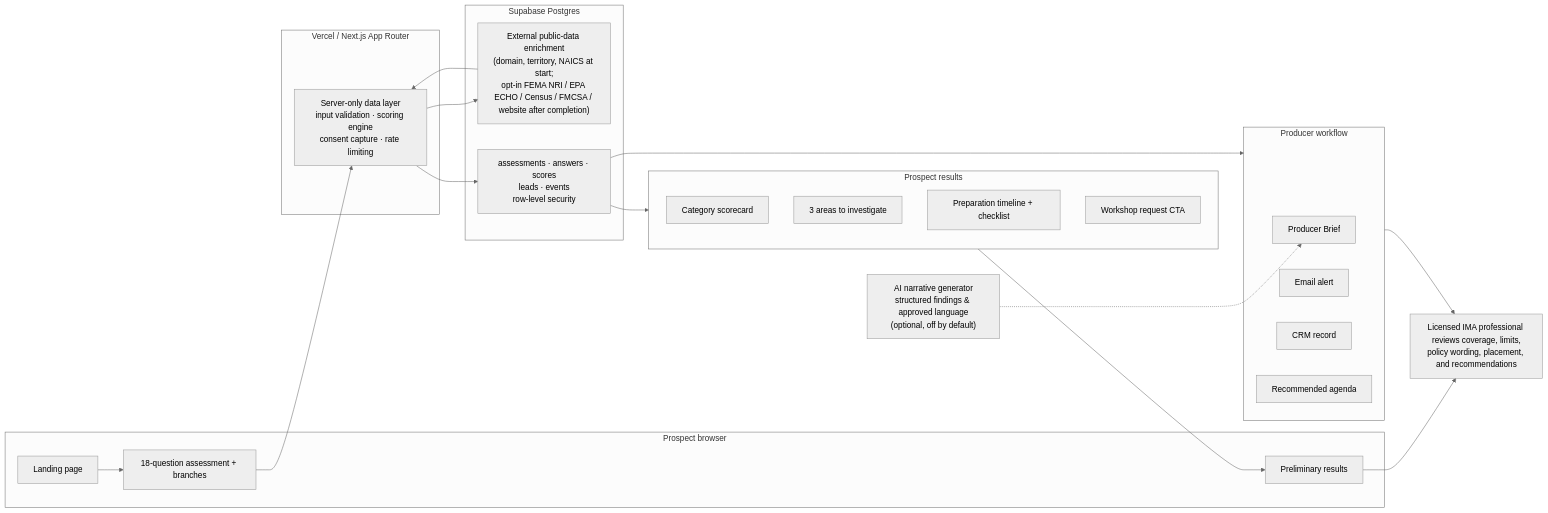
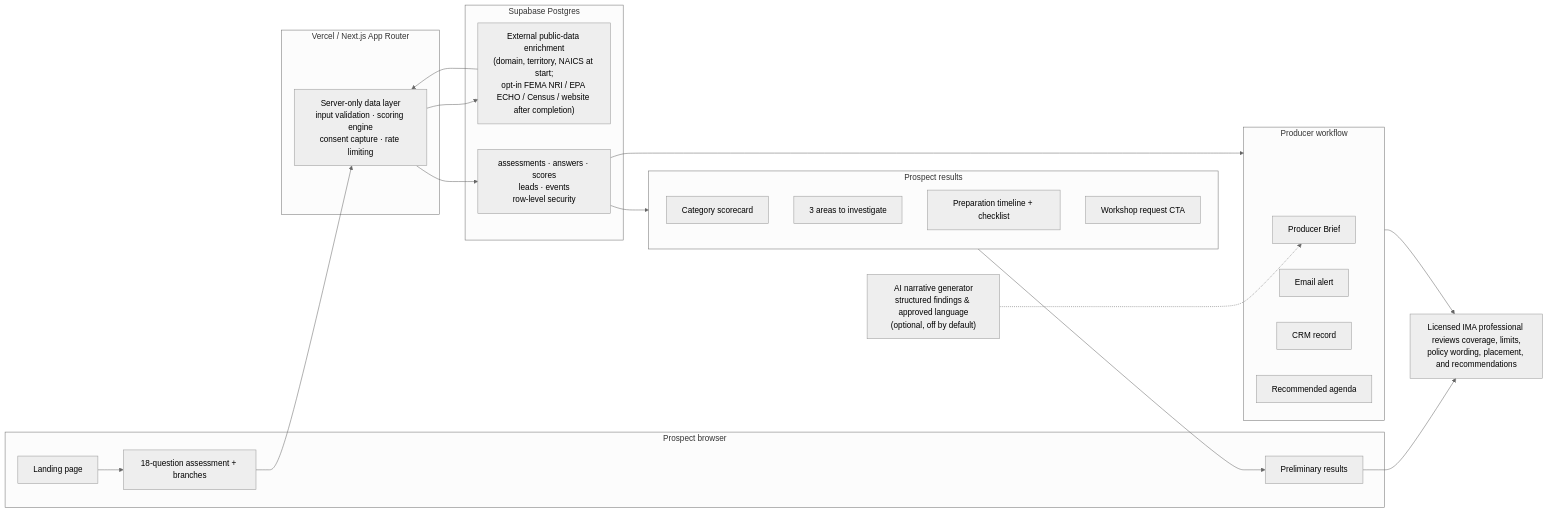
One commit to mitchell-lisa/IMA changed the diagram in docs/architecture.md. Above: the diagram before and after it, drawn with Mermaid (neutral theme). The commit also changed other lines of this file and 46 other files, not shown here.

````diff
--- a/docs/architecture.md
+++ b/docs/architecture.md
@@ -5,45 +5,45 @@
 ```mermaid
 flowchart LR
   subgraph Browser["Prospect browser"]
     L[Landing page]
     A[18-question assessment + branches]
     P[Preliminary results]
   end
 
   subgraph Next["Vercel / Next.js App Router"]
     DAL["Server-only data layer<br/>input validation · scoring engine<br/>consent capture · rate limiting"]
   end
 
   subgraph Data["Supabase Postgres"]
     DB["assessments · answers · scores<br/>leads · events<br/>row-level security"]
-    ENR["External public-data enrichment<br/>(domain, territory, NAICS at start;<br/>opt-in FEMA NRI / EPA ECHO / Census / FMCSA / website after completion)"]
+    ENR["External public-data enrichment<br/>(domain, territory, NAICS at start;<br/>opt-in FEMA NRI / EPA ECHO / Census / website after completion)"]
   end
 
   AI["AI narrative generator<br/>structured findings & approved language<br/>(optional, off by default)"]
 
   subgraph Results["Prospect results"]
     R1[Category scorecard]
     R2[3 areas to investigate]
     R3[Preparation timeline + checklist]
     R4[Workshop request CTA]
   end
 
   subgraph Producer["Producer workflow"]
     W1[Producer Brief]
     W2[Email alert]
     W3[CRM record]
     W4[Recommended agenda]
   end
 
   GATE["Licensed IMA professional reviews coverage, limits,<br/>policy wording, placement, and recommendations"]
 
   L --> A --> DAL
   DAL --> DB
   DAL --> ENR --> DAL
   DB --> Results
   DB --> Producer
   AI -.-> W1
   Results --> P
   Producer --> GATE
   P --> GATE
 ```
````
